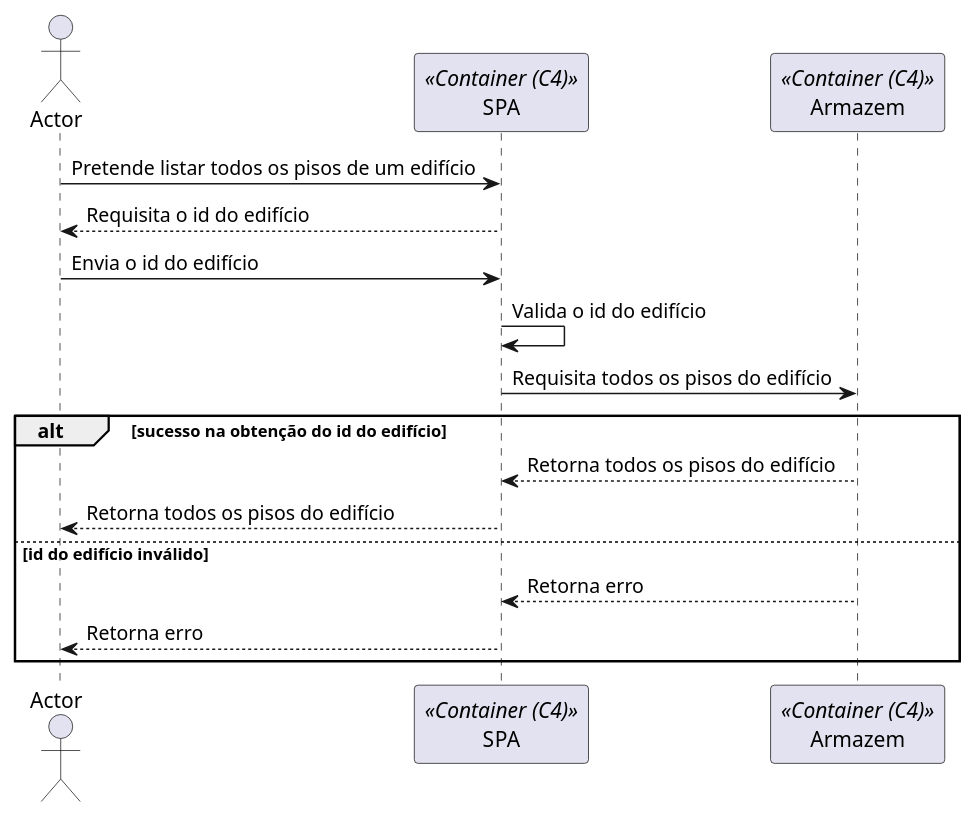
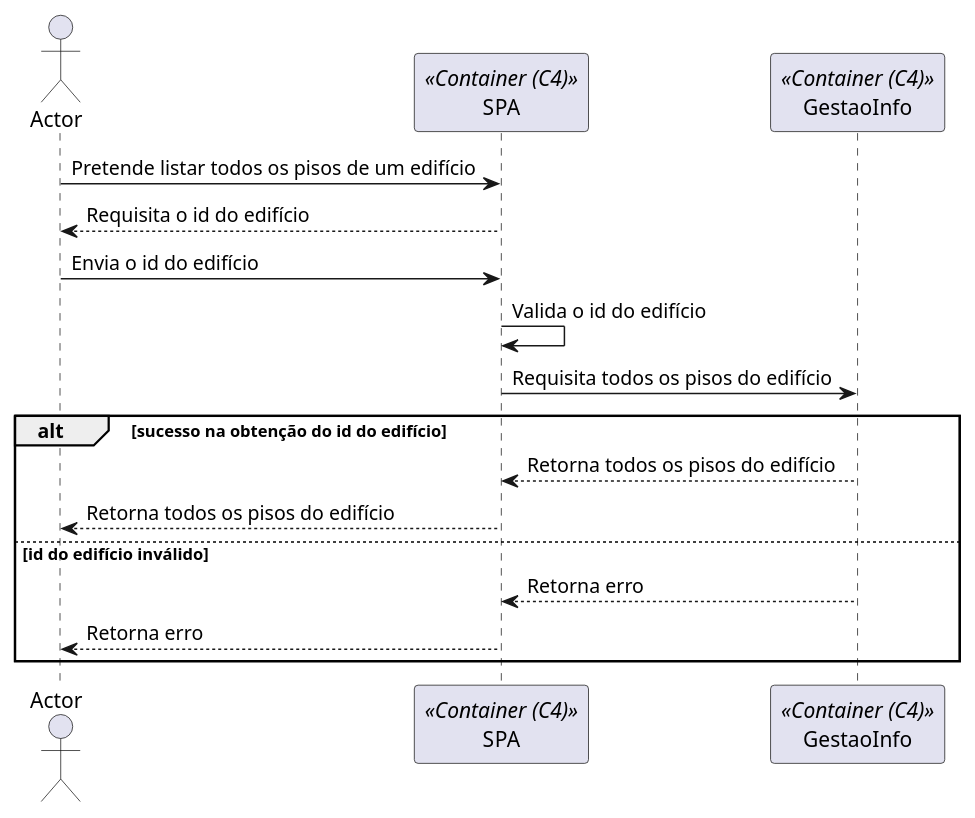
The diagram in docs/Nivel2/N2_US210.puml (ruben1132/PI5_23-24), drawn with PlantUML before and after one commit. The commit also changed 11 other files, not shown here.

Commit message:
#1 #2 #3 #5 #9 #20 diagramas nivel 1

```diff
--- a/docs/Nivel2/N2_US210.puml
+++ b/docs/Nivel2/N2_US210.puml
@@ -1,22 +1,22 @@
 @startuml
 
 actor Actor as Actor
 participant "SPA" as Container <<Container (C4)>>
-participant "Armazem" as Armazem <<Container (C4)>>
+participant "GestaoInfo" as Armazem <<Container (C4)>>
 
 Actor -> Container: Pretende listar todos os pisos de um edifício
 Container --> Actor: Requisita o id do edifício
 
 Actor -> Container: Envia o id do edifício
 Container -> Container: Valida o id do edifício
     Container -> Armazem: Requisita todos os pisos do edifício
 
 alt sucesso na obtenção do id do edifício
     Armazem --> Container: Retorna todos os pisos do edifício
     Container --> Actor: Retorna todos os pisos do edifício
 else id do edifício inválido
     Armazem --> Container: Retorna erro
     Container --> Actor: Retorna erro
 end
 
 @enduml
```
